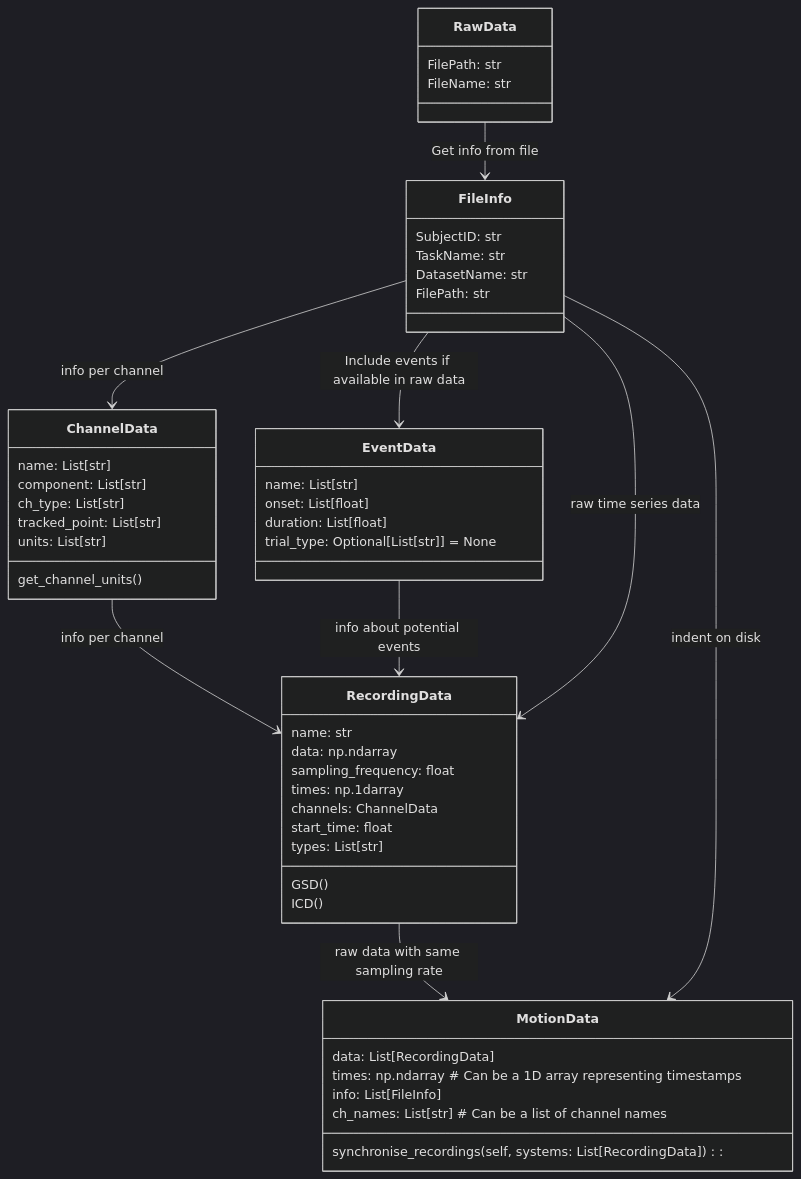
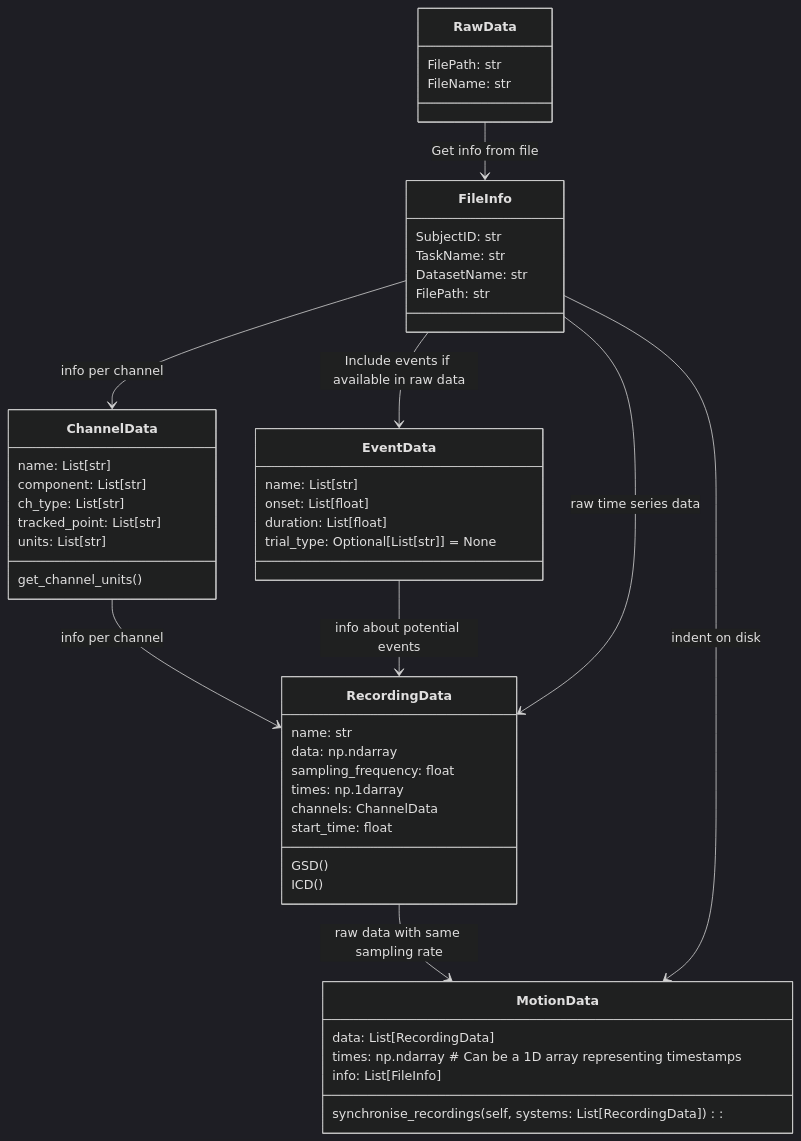
The diagram in docs/index.md (neurogeriatricskiel/KielMAT), drawn with Mermaid (dark theme) before and after one commit. The commit also changed 1 other file, not shown here.

Commit message:
[FIX] mermaid diagram

````diff
--- a/docs/index.md
+++ b/docs/index.md
@@ -17,59 +17,57 @@
 ```mermaid
 classDiagram
     class RawData {
         FilePath: str
         FileName: str
     }
 
     class FileInfo {
         SubjectID: str
         TaskName: str
         DatasetName: str
         FilePath: str
     }
 
     class ChannelData {
         name: List[str]
         component: List[str]
         ch_type: List[str]
         tracked_point: List[str]
         units: List[str]
         get_channel_units()
     }
 
     class EventData {
         name: List[str]
         onset: List[float]
         duration: List[float]
         trial_type: Optional[List[str]] = None
     }
 
     class RecordingData {
         name: str
         data: np.ndarray
         sampling_frequency: float
         times: np.1darray
         channels: ChannelData
         start_time: float
-        types: List[str]
         GSD()
         ICD()
     }
 
     class MotionData {
         data: List[RecordingData]
         times: np.ndarray  # Can be a 1D array representing timestamps
         info: List[FileInfo]
-        ch_names: List[str]  # Can be a list of channel names
         synchronise_recordings(self, systems: List[RecordingData]):
     }
 
     RecordingData --> MotionData: raw data with same sampling rate
     ChannelData --> RecordingData: info per channel
     EventData --> RecordingData: info about potential events
     FileInfo --> MotionData: indent on disk
     FileInfo --> ChannelData: info per channel 
     FileInfo --> RecordingData: raw time series data
     FileInfo --> EventData: Include events if available in raw data
     RawData --> FileInfo: Get info from file
 ```
````
